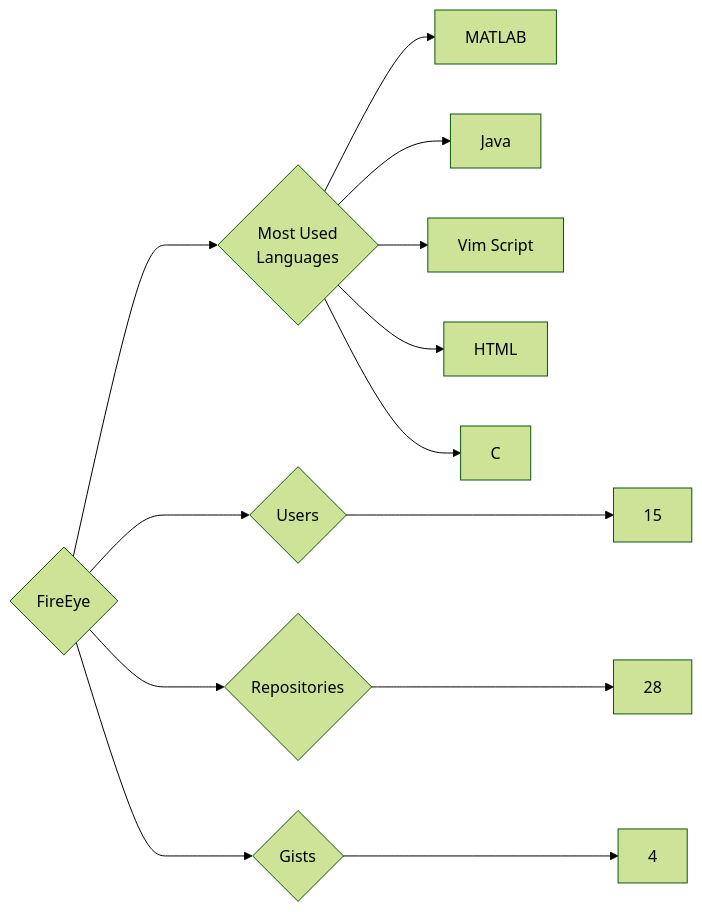
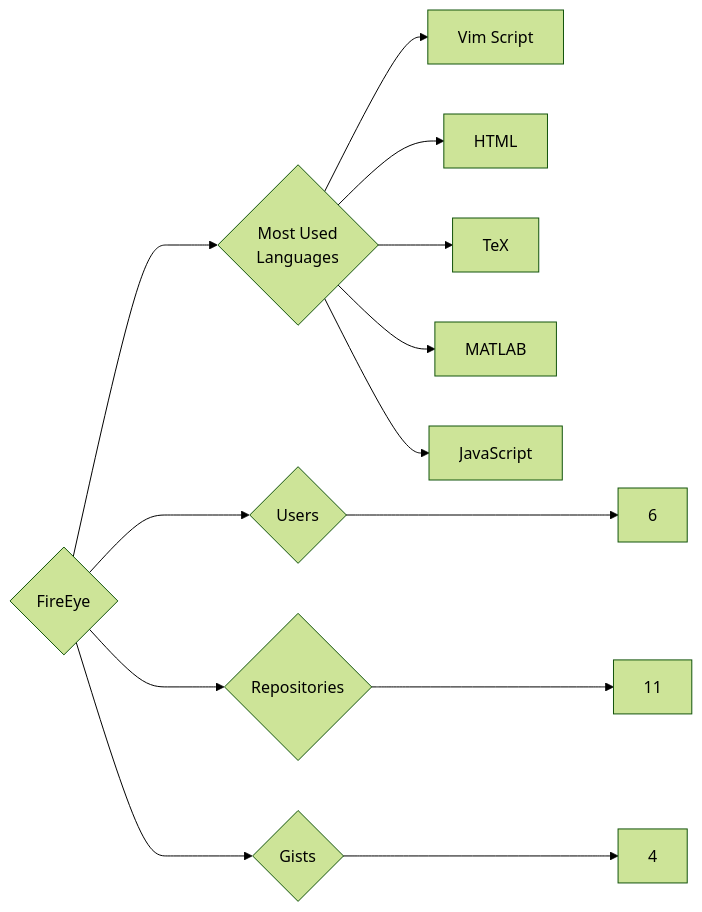
The diagram in targets/FireEye/README.md (trickest/insiders), drawn with Mermaid (forest theme) before and after one commit. The commit also changed 745 other files, not shown here.

````diff
--- a/targets/FireEye/README.md
+++ b/targets/FireEye/README.md
@@ -3,13 +3,13 @@
 ```mermaid
 graph LR
 COMPANY_NAME{FireEye}
-COMPANY_NAME ---> U{Users} ---> UN[15]
-COMPANY_NAME ---> R{Repositories} ---> RN[28]
+COMPANY_NAME ---> U{Users} ---> UN[6]
+COMPANY_NAME ---> R{Repositories} ---> RN[11]
 COMPANY_NAME ---> G{Gists} ---> GN[4]
 COMPANY_NAME ---> ML{Most Used<br>Languages}
-ML --> MATLAB[MATLAB]
-ML --> Java[Java]
 ML --> Vim_Script[Vim Script]
 ML --> HTML[HTML]
-ML --> C[C]
+ML --> TeX[TeX]
+ML --> MATLAB[MATLAB]
+ML --> JavaScript[JavaScript]
 ```
````
